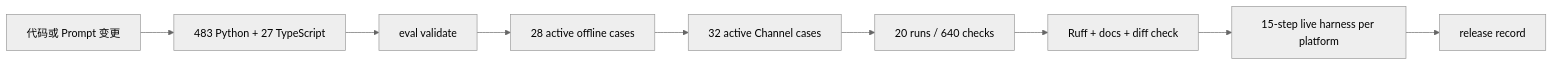
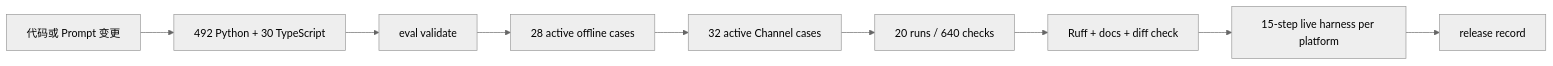
The diagram in docs/evals/README.md (NEDONION/lobster0), drawn with Mermaid (neutral theme) before and after one commit. The commit also changed other lines of this file and 29 other files, not shown here.

````diff
--- a/docs/evals/README.md
+++ b/docs/evals/README.md
@@ -18,11 +18,11 @@
 ```mermaid
 flowchart LR
-    CHANGE["代码或 Prompt 变更"] --> UNIT["483 Python + 27 TypeScript"]
+    CHANGE["代码或 Prompt 变更"] --> UNIT["492 Python + 30 TypeScript"]
     UNIT --> VALIDATE["eval validate"]
     VALIDATE --> OFFLINE["28 active offline cases"]
     OFFLINE --> CHANNEL["32 active Channel cases"]
     CHANNEL --> SOAK["20 runs / 640 checks"]
     SOAK --> RUFF["Ruff + docs + diff check"]
     RUFF --> LIVE["15-step live harness per platform"]
     LIVE --> RECORD["release record"]
 ```
````
